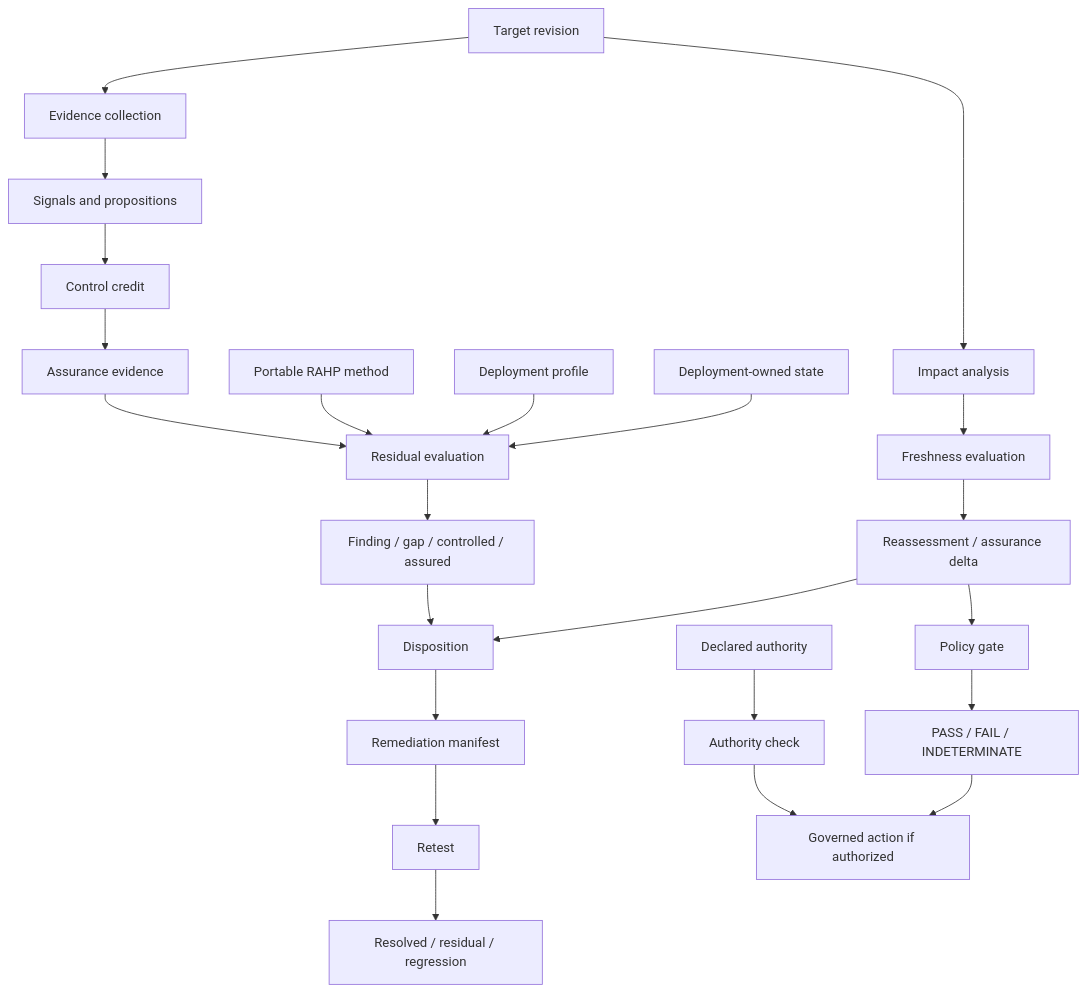
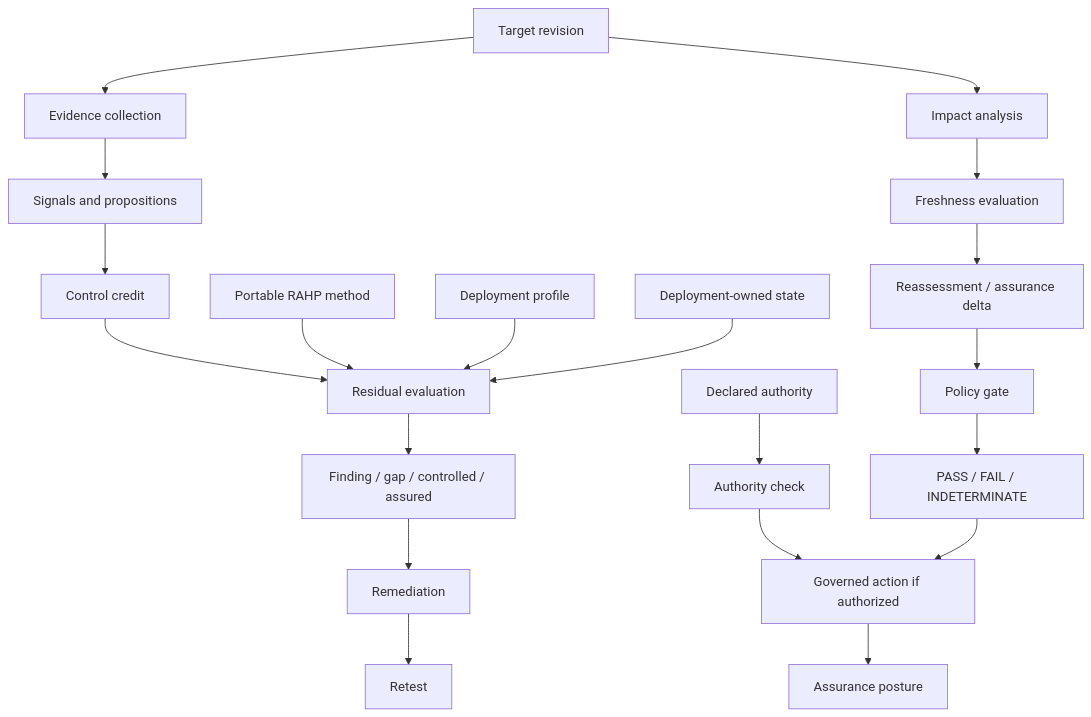
Before and after one commit to sankarshanmukhopadhyay/dtgwg-rahp-tf: the diagram in README.md, drawn with Mermaid. The commit also changed other lines of this file, not shown here.

````diff
--- a/README.md
+++ b/README.md
@@ -130,27 +156,24 @@
 ```mermaid
 flowchart TB
   A[Target revision] --> B[Evidence collection]
   B --> C[Signals and propositions]
   C --> D[Control credit]
-  D --> E[Assurance evidence]
-  E --> F[Residual evaluation]
-  F --> G[Finding / gap / controlled / assured]
-  G --> H[Disposition]
-  H --> I[Remediation manifest]
-  I --> J[Retest]
-  J --> K[Resolved / residual / regression]
+  D --> E[Residual evaluation]
+  E --> F[Finding / gap / controlled / assured]
+  F --> G[Remediation]
+  G --> H[Retest]
 
-  A --> L[Impact analysis]
-  L --> M[Freshness evaluation]
-  M --> N[Reassessment / assurance delta]
-  N --> H
-  N --> O[Policy gate]
-  P[Declared authority] --> Q[Authority check]
-  O --> R[PASS / FAIL / INDETERMINATE]
-  Q --> S[Governed action if authorized]
-  R --> S
+  A --> I[Impact analysis]
+  I --> J[Freshness evaluation]
+  J --> K[Reassessment / assurance delta]
+  K --> L[Policy gate]
+  M[Declared authority] --> N[Authority check]
+  L --> O[PASS / FAIL / INDETERMINATE]
+  N --> P[Governed action if authorized]
+  O --> P
+  P --> Q[Assurance posture]
 
-  T[Portable RAHP method] --> F
-  U[Deployment profile] --> F
-  V[Deployment-owned state] --> F
+  R[Portable RAHP method] --> E
+  S[Deployment profile] --> E
+  T[Deployment-owned state] --> E
 ```
````
